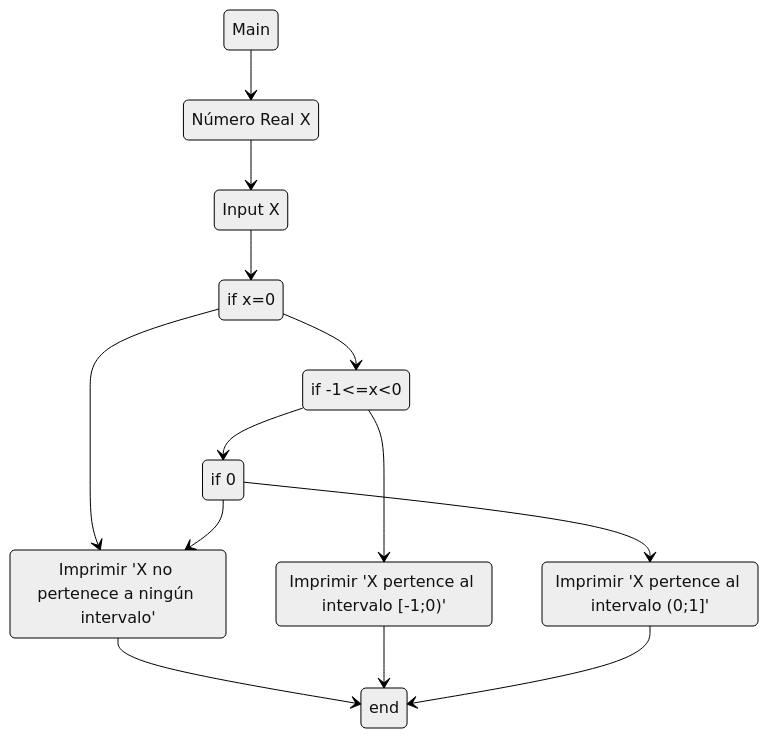
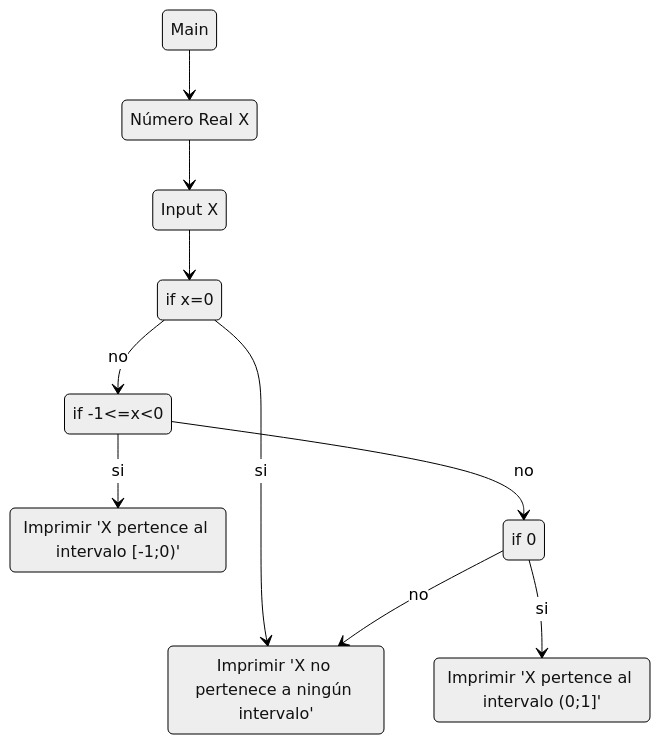
Before and after one commit to ValentinJM/TP-8: the diagram in Ejercicios/2.md, drawn with Mermaid (neutral theme).

````diff
--- a/Ejercicios/2.md
+++ b/Ejercicios/2.md
@@ -3,23 +3,20 @@
 ```mermaid
 stateDiagram-v2
 state "Número Real X" as A
 state "Input X" as B
 state "if x=0" as C
 state "Imprimir 'X no pertenece a ningún intervalo'" as D
 state "if -1<=x<0" as E
 state "Imprimir 'X pertence al intervalo [-1;0)'" as F
 state "if 0<x<=1" as G
 state "Imprimir 'X pertence al intervalo (0;1]'" as H
     Main --> A
     A --> B
     B --> C
-    C --> D
-    D --> end
-    C --> E
-    E --> F
-    E --> G
-    F --> end
-    G --> H
-    H --> end
-    G --> D
+    C --> D : si
+    C --> E : no
+    E --> F : si
+    E --> G : no
+    G --> H : si
+    G --> D : no
 ```
````
